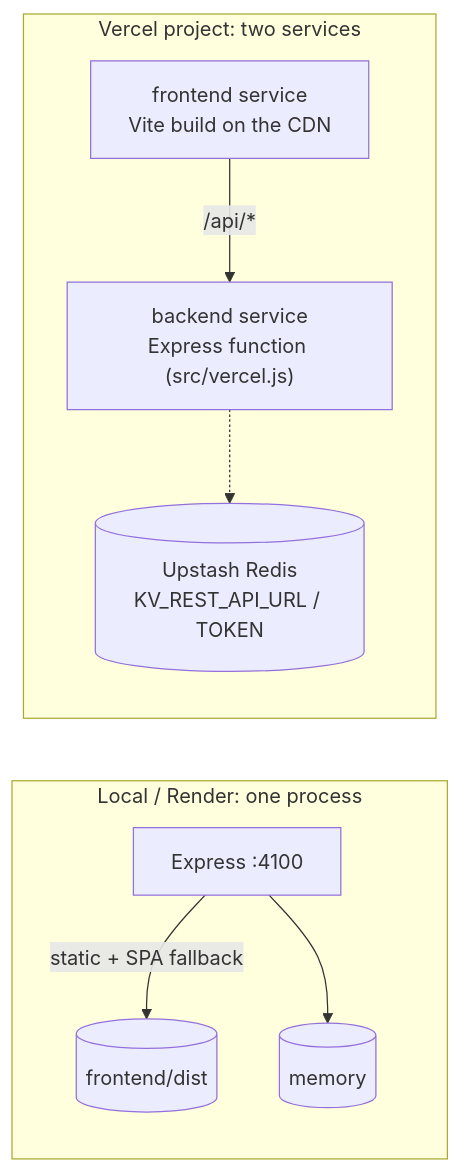
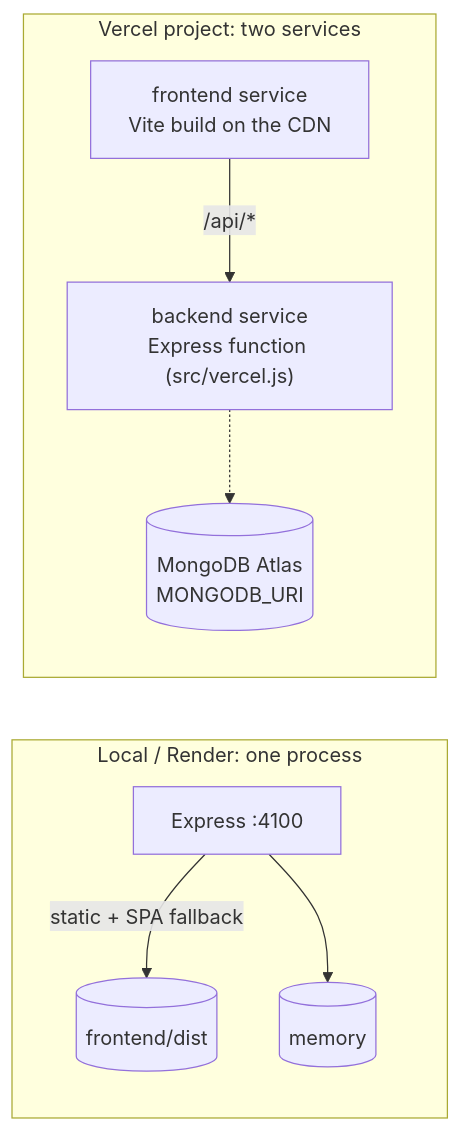
One commit to someone1709/404owasp changed the sixth of 6 diagrams in docs/ARCHITECTURE.md. Above: the diagram before and after it, drawn with Mermaid. The commit also changed other lines of this file and 8 other files, not shown here.

````diff
--- a/docs/ARCHITECTURE.md
+++ b/docs/ARCHITECTURE.md
@@ -216,18 +217,18 @@
 ```mermaid
 flowchart LR
   subgraph Local["Local / Render: one process"]
     EXP["Express :4100"]
     DIST[("frontend/dist")]
     MEM[("memory")]
     EXP -- "static + SPA fallback" --> DIST
     EXP --> MEM
   end
 
   subgraph Vercel["Vercel project: two services"]
     CDN["frontend service<br/>Vite build on the CDN"]
     FN["backend service<br/>Express function (src/vercel.js)"]
-    RED[("Upstash Redis<br/>KV_REST_API_URL / TOKEN")]
+    RED[("MongoDB Atlas<br/>MONGODB_URI")]
     CDN -- "/api/*" --> FN
     FN -.-> RED
   end
 ```
````
